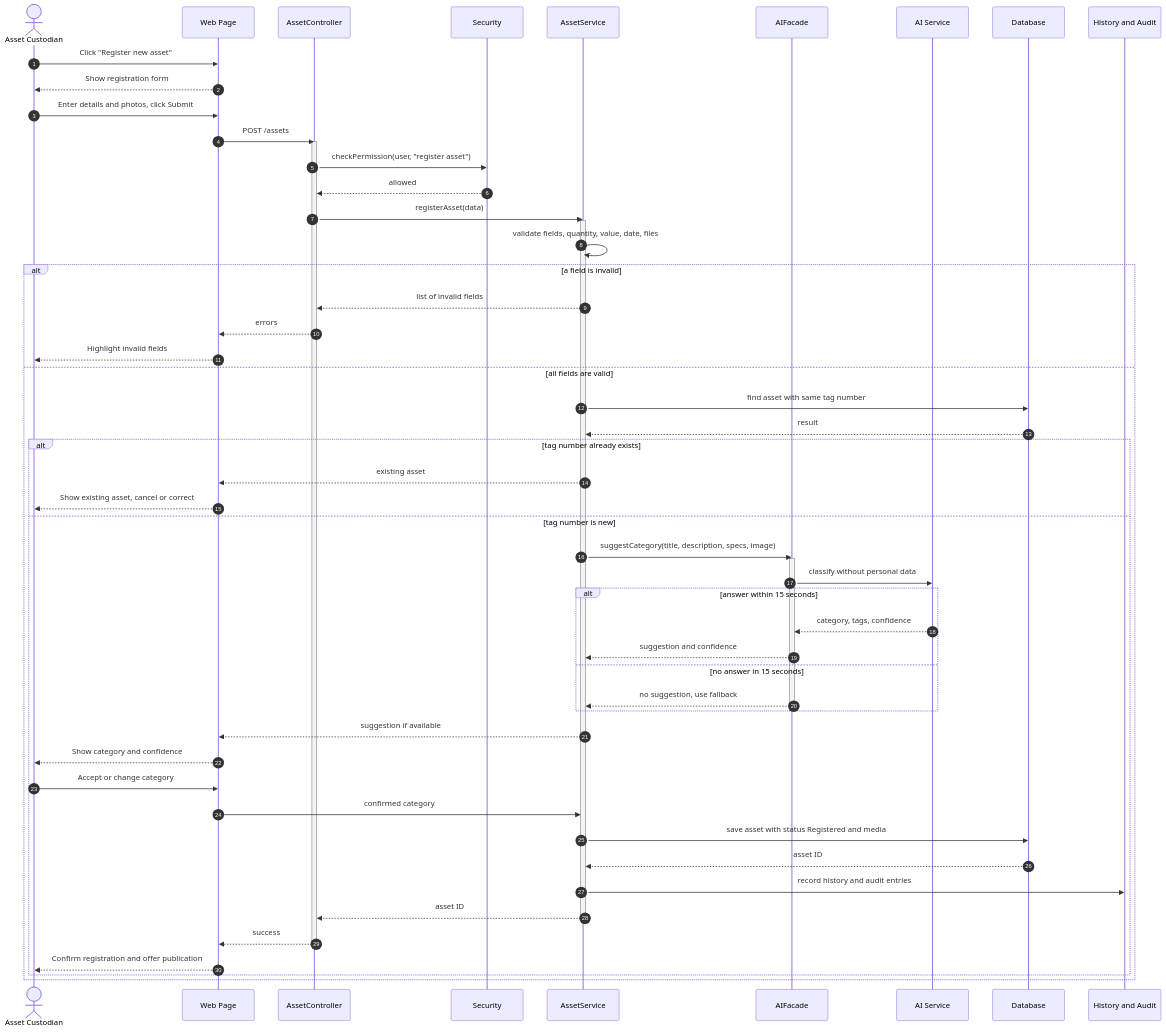
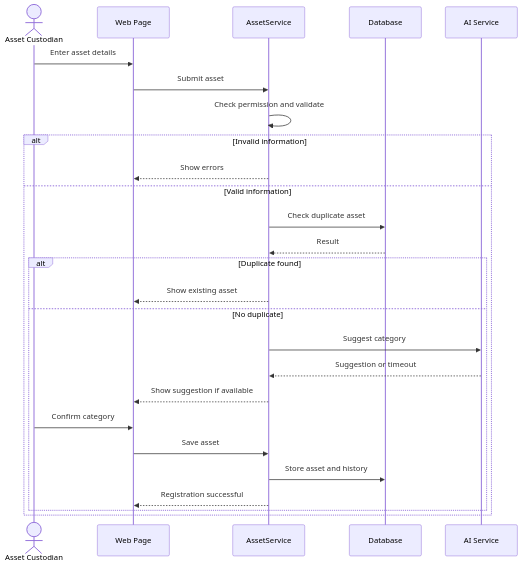
One commit to Abdulla66541/COSC336-GROUP5 changed the third of 5 diagrams in phase 4-5/01_part1_assets_marketplace_requests.md. Above: the diagram before and after it, drawn with Mermaid. The commit also changed other lines of this file, not shown here.

````diff
--- a/phase 4-5/01_part1_assets_marketplace_requests.md
+++ b/phase 4-5/01_part1_assets_marketplace_requests.md
@@ -176,67 +176,30 @@
 ```mermaid
 sequenceDiagram
-    autonumber
     actor AC as Asset Custodian
     participant UI as Web Page
-    participant AssetController
-    participant Security
-    participant AssetService
-    participant AIFacade
-    participant AIService as AI Service
+    participant S as AssetService
     participant DB as Database
-    participant Audit as History and Audit
+    participant AI as AI Service
 
-    AC->>UI: Click "Register new asset"
-    UI-->>AC: Show registration form
-    AC->>UI: Enter details and photos, click Submit
-    UI->>AssetController: POST /assets
+    AC->>UI: Enter asset details
+    UI->>S: Submit asset
+    S->>S: Check permission and validate
 
-    activate AssetController
-    AssetController->>Security: checkPermission(user, "register asset")
-    Security-->>AssetController: allowed
-
-    AssetController->>AssetService: registerAsset(data)
-    activate AssetService
-    AssetService->>AssetService: validate fields, quantity, value, date, files
-
-    alt a field is invalid
-        AssetService-->>AssetController: list of invalid fields
-        AssetController-->>UI: errors
-        UI-->>AC: Highlight invalid fields
-    else all fields are valid
-        AssetService->>DB: find asset with same tag number
-        DB-->>AssetService: result
-
-        alt tag number already exists
-            AssetService-->>UI: existing asset
-            UI-->>AC: Show existing asset, cancel or correct
-        else tag number is new
-            AssetService->>AIFacade: suggestCategory(title, description, specs, image)
-            activate AIFacade
-            AIFacade->>AIService: classify without personal data
-
-            alt answer within 15 seconds
-                AIService-->>AIFacade: category, tags, confidence
-                AIFacade-->>AssetService: suggestion and confidence
-            else no answer in 15 seconds
-                AIFacade-->>AssetService: no suggestion, use fallback
-            end
-
-            deactivate AIFacade
-            AssetService-->>UI: suggestion if available
-            UI-->>AC: Show category and confidence
-            AC->>UI: Accept or change category
-            UI->>AssetService: confirmed category
-
-            AssetService->>DB: save asset with status Registered and media
-            DB-->>AssetService: asset ID
-            AssetService->>Audit: record history and audit entries
-            AssetService-->>AssetController: asset ID
-            deactivate AssetService
-
-            AssetController-->>UI: success
-            deactivate AssetController
-            UI-->>AC: Confirm registration and offer publication
+    alt Invalid information
+        S-->>UI: Show errors
+    else Valid information
+        S->>DB: Check duplicate asset
+        DB-->>S: Result
+        alt Duplicate found
+            S-->>UI: Show existing asset
+        else No duplicate
+            S->>AI: Suggest category
+            AI-->>S: Suggestion or timeout
+            S-->>UI: Show suggestion if available
+            AC->>UI: Confirm category
+            UI->>S: Save asset
+            S->>DB: Store asset and history
+            S-->>UI: Registration successful
         end
     end
 ```
````
